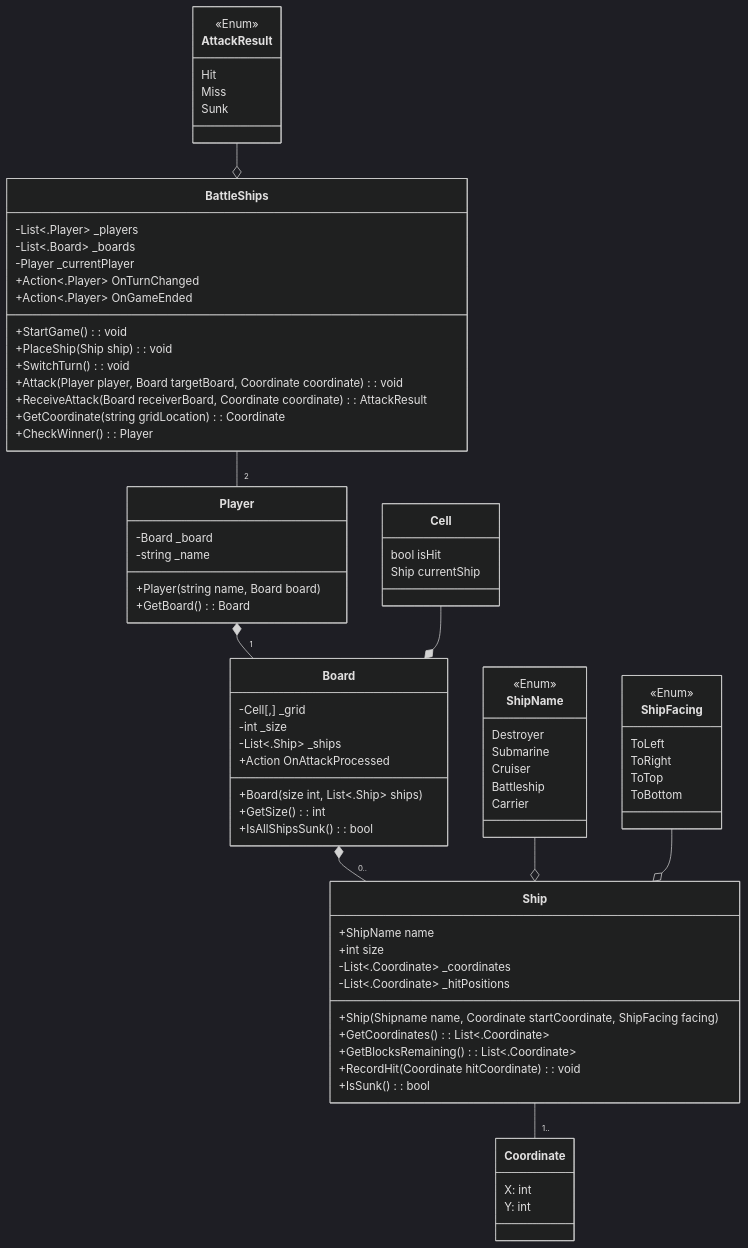
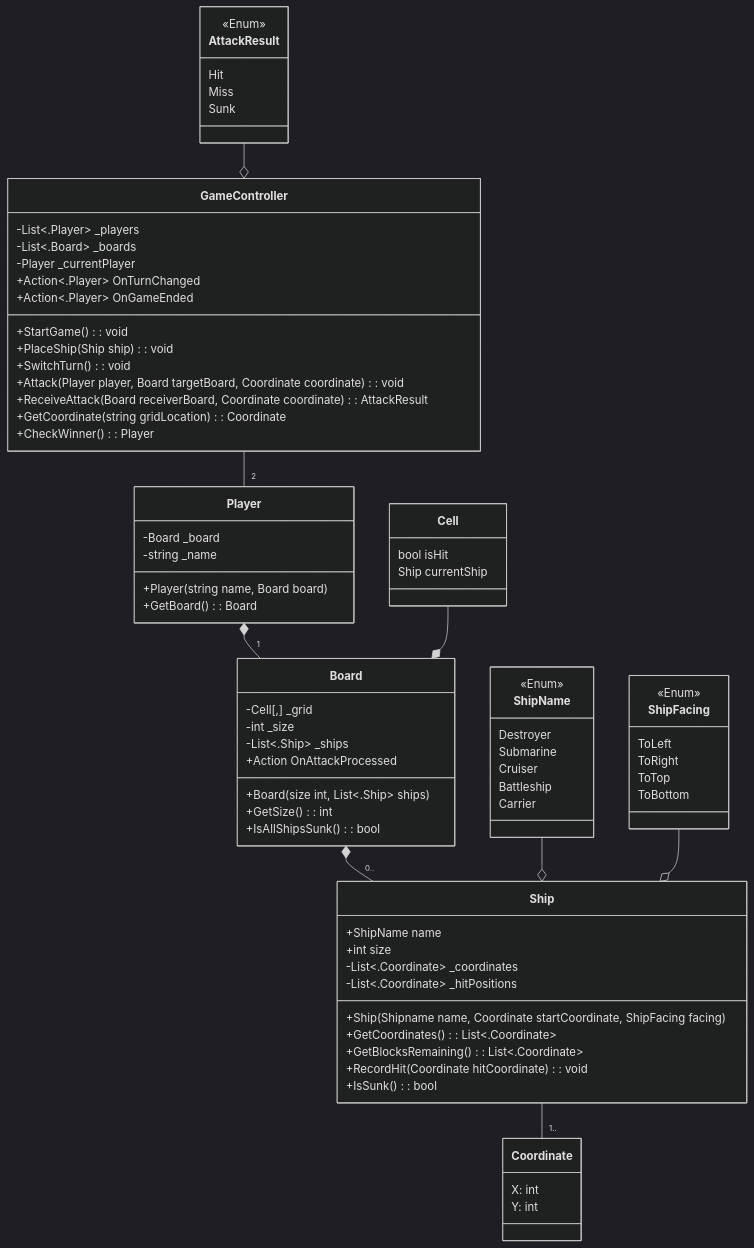
Before and after one commit to Zulfaabam/bootcamp-formulatrix: the diagram in battleships.md, drawn with Mermaid (dark theme). The commit also changed other lines of this file, not shown here.

````diff
--- a/battleships.md
+++ b/battleships.md
@@ -62,7 +62,7 @@
 	    Ship currentShip
     }
 
-    class BattleShips {
+    class GameController {
 	    -List<.Player> _players
 	    -List<.Board> _boards
 	    -Player _currentPlayer
@@ -84,10 +84,10 @@
     Player *-- "1" Board
     Board *-- "0.." Ship
     Ship -- "1.." Coordinate
-    BattleShips -- "2" Player
+    GameController -- "2" Player
     ShipName --o Ship
     ShipFacing --o Ship
-    AttackResult --o BattleShips
+    AttackResult --o GameController
     Cell --* Board
 
 ```
````
